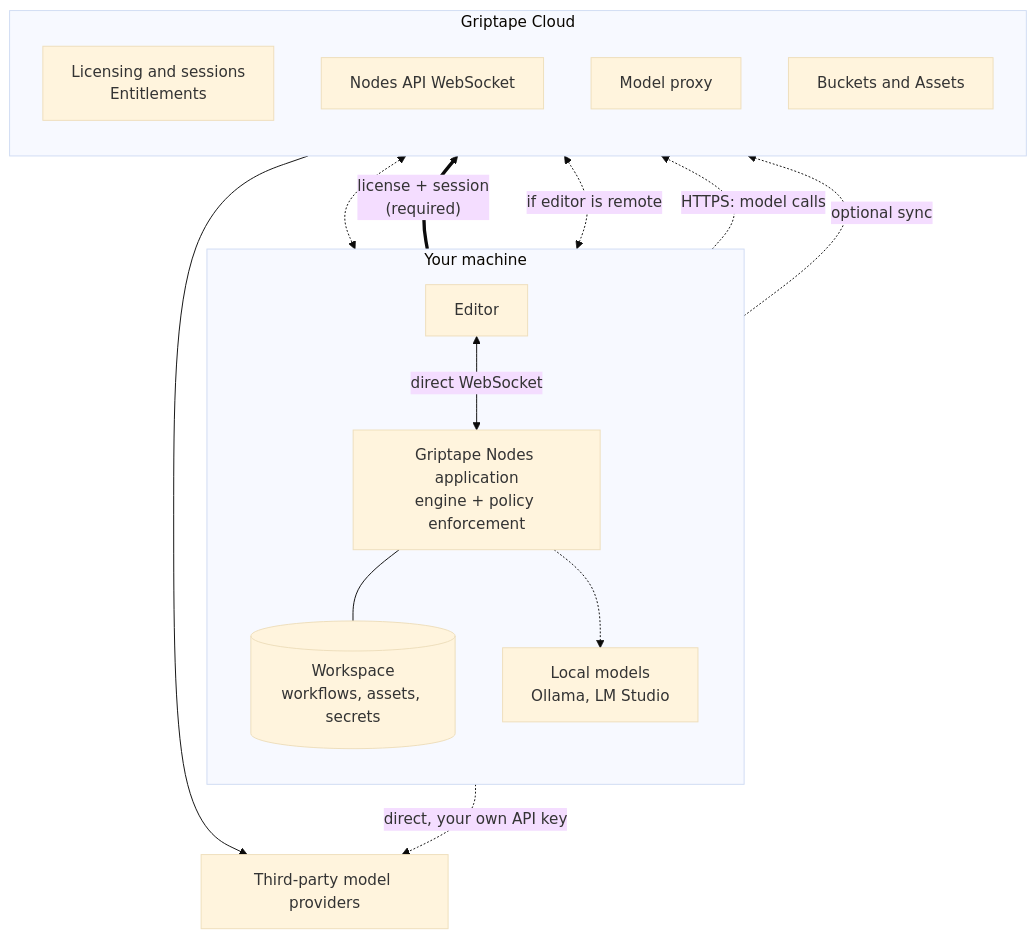
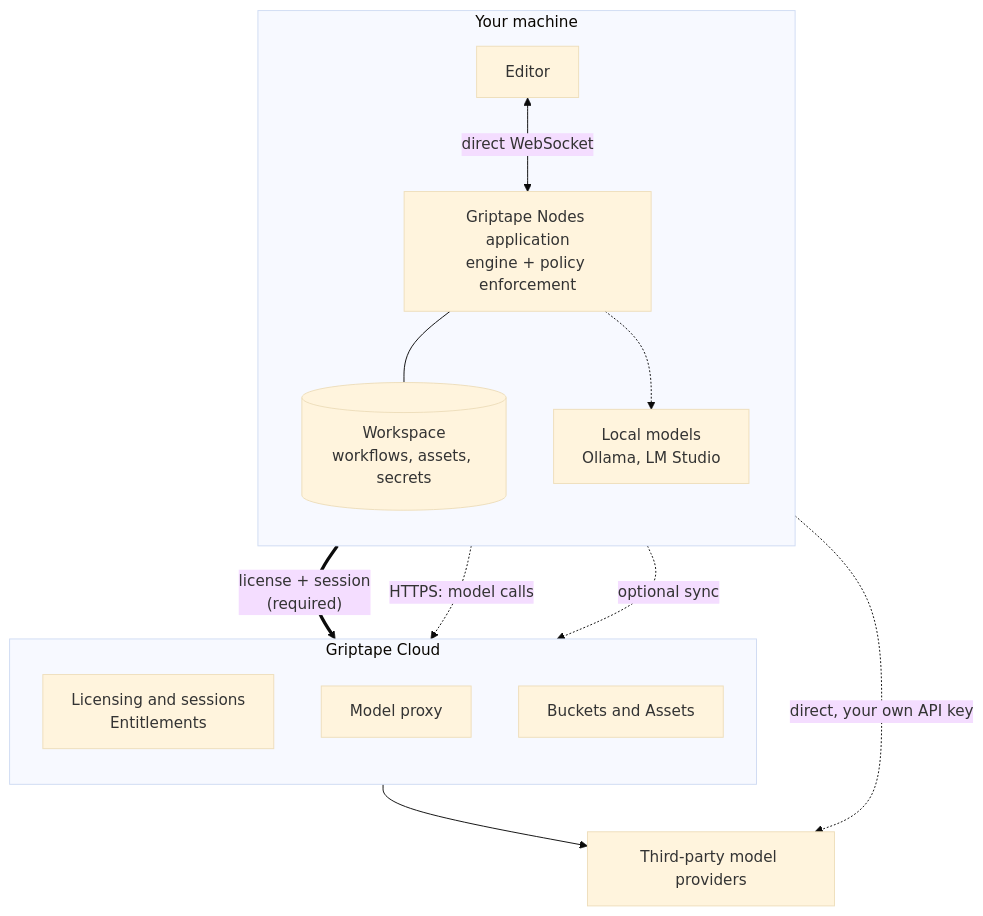
The second of 3 diagrams in docs/architecture.md (griptape-ai/griptape-nodes-engine), drawn with Mermaid (base theme) before and after one commit. The commit also changed other lines of this file, not shown here.

First line of the commit message:
docs: draw the relay as its own diagram

````diff
--- a/docs/architecture.md
+++ b/docs/architecture.md
@@ -73,31 +98,28 @@
 ```mermaid
 flowchart TB
     subgraph machine["Your machine"]
         direction TB
         editor["Editor"]
         app["Griptape Nodes application<br/>engine + policy enforcement"]
         workspace[("Workspace<br/>workflows, assets, secrets")]
         local["Local models<br/>Ollama, LM Studio"]
         editor <-->|"direct WebSocket"| app
         app --- workspace
         app -.-> local
     end
 
     subgraph cloud["Griptape Cloud"]
         direction TB
         control["Licensing and sessions<br/>Entitlements"]
-        wsapi["Nodes API WebSocket"]
         modelproxy["Model proxy"]
         buckets["Buckets and Assets"]
     end
 
     providers["Third-party model providers"]
 
     app ==>|"license + session<br/>(required)"| control
-    editor <-.->|"if editor is remote"| wsapi
-    wsapi <-.-> app
     app -.->|"HTTPS: model calls"| modelproxy
     app -.->|"optional sync"| buckets
     modelproxy --> providers
     app -.->|"direct, your own API key"| providers
 ```
````
